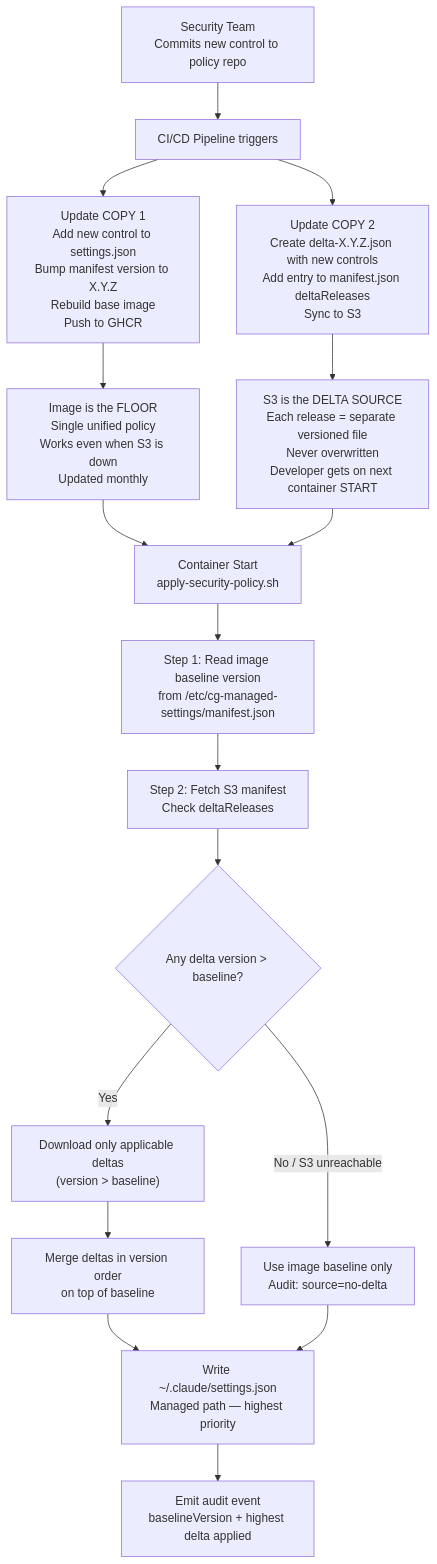
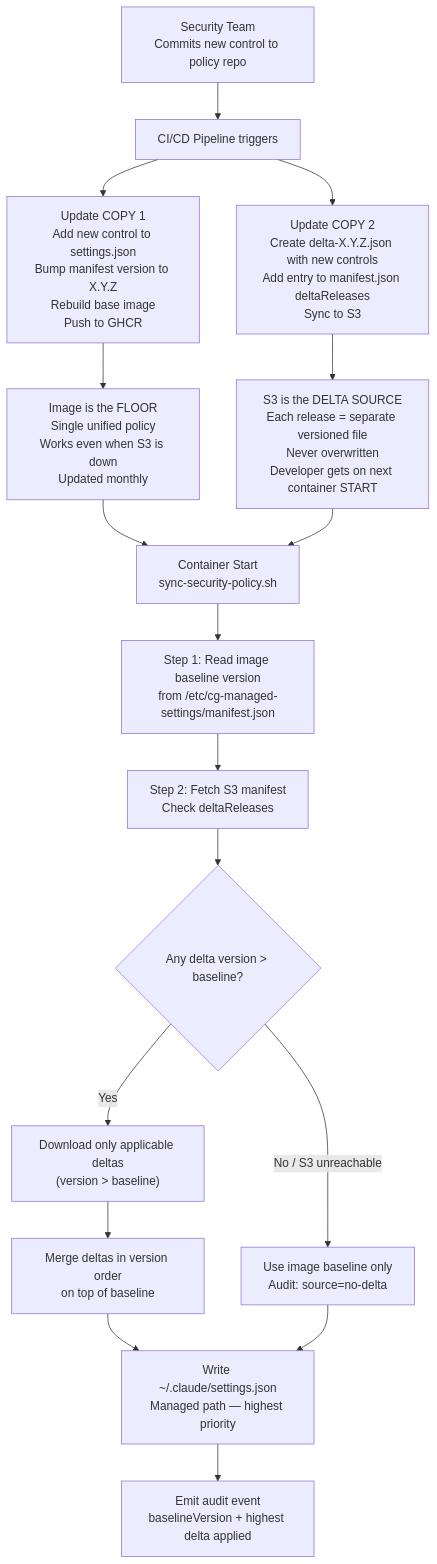
The second of 7 diagrams in ARCHITECTURE.md (ashrujitpal1/devcontainer-feature-cg), drawn with Mermaid before and after one commit. The commit also changed other lines of this file and 9 other files, not shown here.

Commit message:
rename: apply-security-policy.sh -> sync-security-policy.sh for clarity

````diff
--- a/ARCHITECTURE.md
+++ b/ARCHITECTURE.md
@@ -185,29 +185,29 @@
 ```mermaid
 flowchart TD
     SEC["Security Team\nCommits new control to policy repo"]
     SEC --> CICD["CI/CD Pipeline triggers"]
 
     CICD --> COPY1["Update COPY 1\nAdd new control to settings.json\nBump manifest version to X.Y.Z\nRebuild base image\nPush to GHCR"]
 
     CICD --> COPY2["Update COPY 2\nCreate delta-X.Y.Z.json with new controls\nAdd entry to manifest.json deltaReleases\nSync to S3"]
 
     COPY1 --> IMG_NOTE["Image is the FLOOR\nSingle unified policy\nWorks even when S3 is down\nUpdated monthly"]
 
     COPY2 --> S3_NOTE["S3 is the DELTA SOURCE\nEach release = separate versioned file\nNever overwritten\nDeveloper gets on next container START"]
 
-    IMG_NOTE --> RUNTIME["Container Start\napply-security-policy.sh"]
+    IMG_NOTE --> RUNTIME["Container Start\nsync-security-policy.sh"]
     S3_NOTE --> RUNTIME
 
     RUNTIME --> STEP1["Step 1: Read image baseline version\nfrom /etc/cg-managed-settings/manifest.json"]
     STEP1 --> STEP2["Step 2: Fetch S3 manifest\nCheck deltaReleases"]
     STEP2 --> DECISION{Any delta version > baseline?}
 
     DECISION -->|"Yes"| DOWNLOAD["Download only applicable deltas\n(version > baseline)"]
     DECISION -->|"No / S3 unreachable"| BASELINE_ONLY["Use image baseline only\nAudit: source=no-delta"]
 
     DOWNLOAD --> MERGE["Merge deltas in version order\non top of baseline"]
     MERGE --> WRITE["Write ~/.claude/settings.json\nManaged path — highest priority"]
     BASELINE_ONLY --> WRITE
 
     WRITE --> AUDIT["Emit audit event\nbaselineVersion + highest delta applied"]
 ```
````
